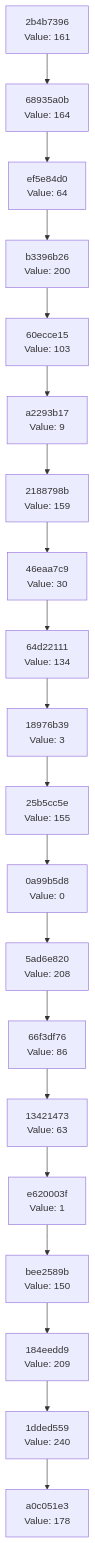
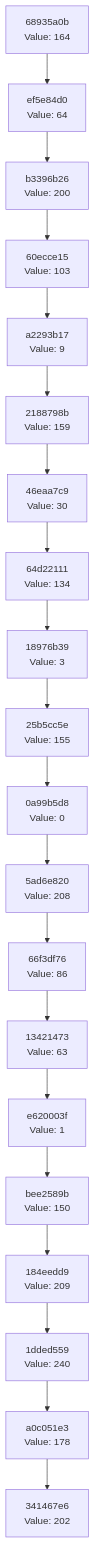
One commit to Abhisheksinha1506/hash-chain-evolver changed the diagram in docs/CHAIN_VISUALIZATION.md. Above: the diagram before and after it, drawn with Mermaid. The commit also changed 2 other files, not shown here.

Commit message:
Evolution step: hash 0xCA → action executed

````diff
--- a/docs/CHAIN_VISUALIZATION.md
+++ b/docs/CHAIN_VISUALIZATION.md
@@ -3,42 +3,42 @@
 ```mermaid
 graph TD
-    C0["a0c051e3<br/>Value: 178"]
-    C1["1dded559<br/>Value: 240"]
+    C0["341467e6<br/>Value: 202"]
+    C1["a0c051e3<br/>Value: 178"]
     C1 --> C0
-    C2["184eedd9<br/>Value: 209"]
+    C2["1dded559<br/>Value: 240"]
     C2 --> C1
-    C3["bee2589b<br/>Value: 150"]
+    C3["184eedd9<br/>Value: 209"]
     C3 --> C2
-    C4["e620003f<br/>Value: 1"]
+    C4["bee2589b<br/>Value: 150"]
     C4 --> C3
-    C5["13421473<br/>Value: 63"]
+    C5["e620003f<br/>Value: 1"]
     C5 --> C4
-    C6["66f3df76<br/>Value: 86"]
+    C6["13421473<br/>Value: 63"]
     C6 --> C5
-    C7["5ad6e820<br/>Value: 208"]
+    C7["66f3df76<br/>Value: 86"]
     C7 --> C6
-    C8["0a99b5d8<br/>Value: 0"]
+    C8["5ad6e820<br/>Value: 208"]
     C8 --> C7
-    C9["25b5cc5e<br/>Value: 155"]
+    C9["0a99b5d8<br/>Value: 0"]
     C9 --> C8
-    C10["18976b39<br/>Value: 3"]
+    C10["25b5cc5e<br/>Value: 155"]
     C10 --> C9
-    C11["64d22111<br/>Value: 134"]
+    C11["18976b39<br/>Value: 3"]
     C11 --> C10
-    C12["46eaa7c9<br/>Value: 30"]
+    C12["64d22111<br/>Value: 134"]
     C12 --> C11
-    C13["2188798b<br/>Value: 159"]
+    C13["46eaa7c9<br/>Value: 30"]
     C13 --> C12
-    C14["a2293b17<br/>Value: 9"]
+    C14["2188798b<br/>Value: 159"]
     C14 --> C13
-    C15["60ecce15<br/>Value: 103"]
+    C15["a2293b17<br/>Value: 9"]
     C15 --> C14
-    C16["b3396b26<br/>Value: 200"]
+    C16["60ecce15<br/>Value: 103"]
     C16 --> C15
-    C17["ef5e84d0<br/>Value: 64"]
+    C17["b3396b26<br/>Value: 200"]
     C17 --> C16
-    C18["68935a0b<br/>Value: 164"]
+    C18["ef5e84d0<br/>Value: 64"]
     C18 --> C17
-    C19["2b4b7396<br/>Value: 161"]
+    C19["68935a0b<br/>Value: 164"]
     C19 --> C18
 ```
````
